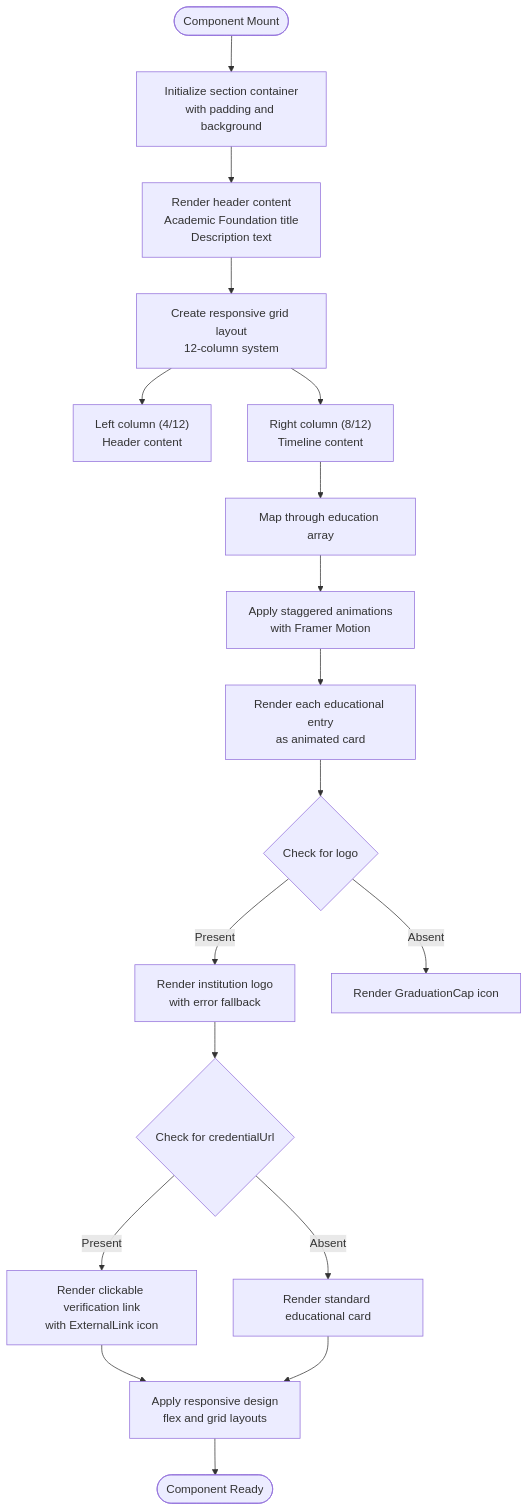
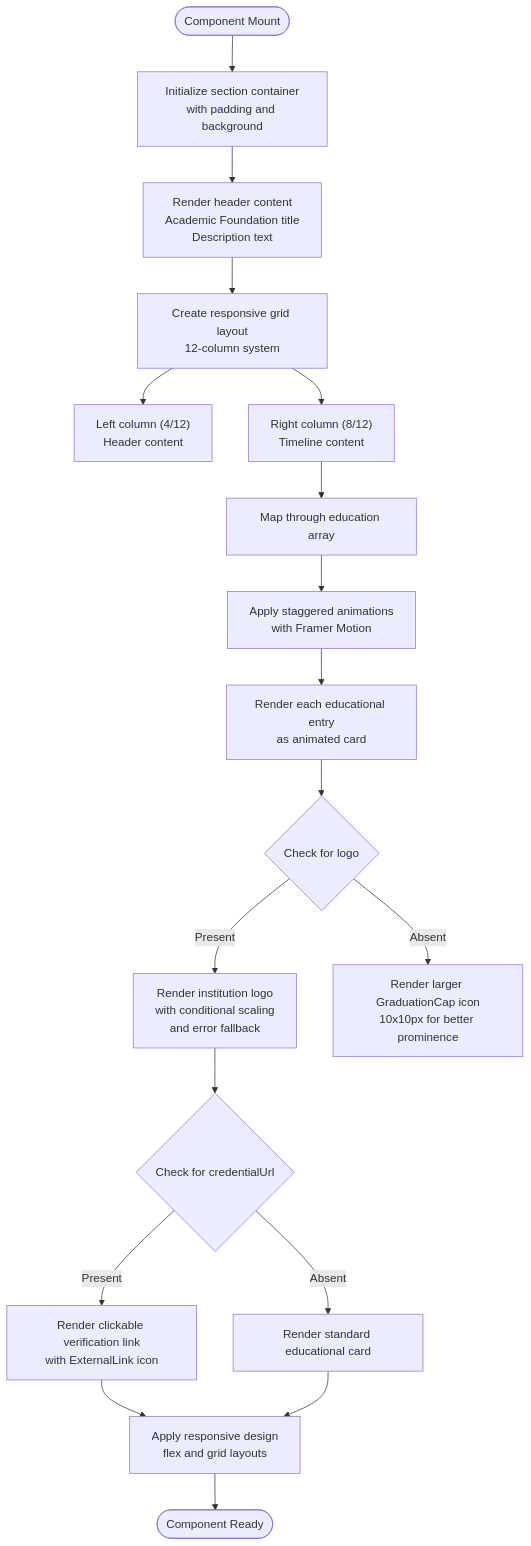
Before and after one commit to subash7781/Portfolio: the fourth of 11 diagrams in .qoder/repowiki/en/content/Component Library & UI Elements/EducationSection Component.md, drawn with Mermaid. The commit also changed other lines of this file and 3 other files, not shown here.

````diff
--- a/.qoder/repowiki/en/content/Component Library & UI Elements/EducationSection Component.md
+++ b/.qoder/repowiki/en/content/Component Library & UI Elements/EducationSection Component.md
@@ -181,20 +182,20 @@
 ```mermaid
 flowchart TD
 Start([Component Mount]) --> Setup["Initialize section container<br/>with padding and background"]
 Setup --> Header["Render header content<br/>Academic Foundation title<br/>Description text"]
 Header --> Grid["Create responsive grid layout<br/>12-column system"]
 Grid --> Column1["Left column (4/12)<br/>Header content"]
 Grid --> Column2["Right column (8/12)<br/>Timeline content"]
 Column2 --> MapEntries["Map through education array"]
 MapEntries --> Animation["Apply staggered animations<br/>with Framer Motion"]
 Animation --> CardLayout["Render each educational entry<br/>as animated card"]
 CardLayout --> LogoCheck{"Check for logo"}
-LogoCheck --> |Present| LogoImage["Render institution logo<br/>with error fallback"]
-LogoCheck --> |Absent| DefaultIcon["Render GraduationCap icon"]
+LogoCheck --> |Present| LogoImage["Render institution logo<br/>with conditional scaling<br/>and error fallback"]
+LogoCheck --> |Absent| DefaultIcon["Render larger GraduationCap icon<br/>10x10px for better prominence"]
 LogoImage --> CredentialCheck{"Check for credentialUrl"}
 CredentialCheck --> |Present| VerificationLink["Render clickable verification link<br/>with ExternalLink icon"]
 CredentialCheck --> |Absent| StandardCard["Render standard educational card"]
 VerificationLink --> Responsive["Apply responsive design<br/>flex and grid layouts"]
 StandardCard --> Responsive
 Responsive --> End([Component Ready])
 ```
````
